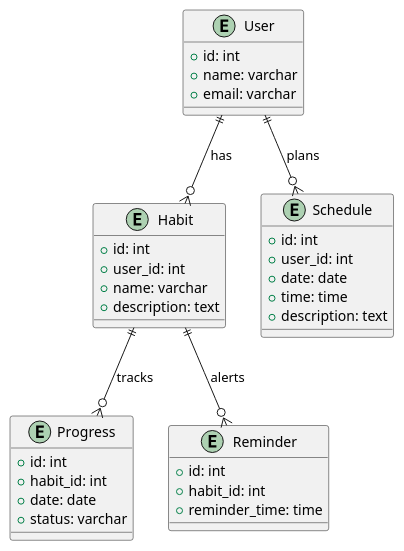
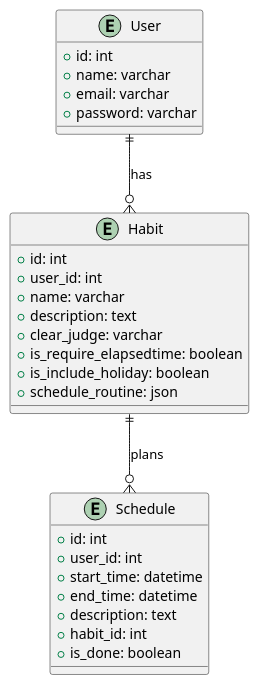
The diagram in docs/er-graph.pu (hack-CommTech/routify-app), drawn with PlantUML before and after one commit.

Commit message:
update: ER図の修正

```diff
--- a/docs/er-graph.pu
+++ b/docs/er-graph.pu
@@ -1,41 +1,67 @@
 @startuml habista
+
+' ユーザテーブル
 entity "User" as User {
   + id: int
   + name: varchar
   + email: varchar
+  + password: varchar
 }
 
+' 習慣テーブル
 entity "Habit" as Habit {
   + id: int
   + user_id: int
+  ' 習慣名
   + name: varchar
+  ' きっかけ・なりたい姿
   + description: text
+  ' 選択肢："button_click"|"place"|"app_launching"|"api"|"take_picture"
+  + clear_judge: varchar 
+  ' 経過時間の必須
+  + is_require_elapsedtime: boolean
+  ' 祝日を含む
+  + is_include_holiday: boolean
+  ' 実施日程
+  + schedule_routine: json
 }
 
-entity "Progress" as Progress {
-  + id: int
-  + habit_id: int
-  + date: date
-  + status: varchar
-}
+' ' 進捗テーブル
+' 進捗はScheduleにすべて置き換えるか、Habitから自動生成する形にするかで置き換え予定
+' entity "Progress" as Progress {
+'   + id: int
+'   + habit_id: int
+'   + date: date
+'   + status: varchar
+' }
 
-entity "Reminder" as Reminder {
-  + id: int
-  + habit_id: int
-  + reminder_time: time
-}
+' ' リマインダーテーブル
+' スケジュールで完結させるため一旦コメントアウト
+' entity "Reminder" as Reminder {
+'   + id: int
+'   + habit_id: int
+'   + reminder_time: time
+' }
 
+' スケジュール?
 entity "Schedule" as Schedule {
   + id: int
   + user_id: int
-  + date: date
-  + time: time
+  ' 開始時間
+  + start_time: datetime
+  ' 終了時間（経過時間の必須が含まれない場合null）
+  + end_time: datetime
+  ' スケジュールのメモ？
   + description: text
+  ' 
+  + habit_id: int
+  ' 実施済みか
+  + is_done: boolean
 }
 
 User ||--o{ Habit : "has"
-Habit ||--o{ Progress : "tracks"
-Habit ||--o{ Reminder : "alerts"
-User ||--o{ Schedule : "plans"
+' Habit ||--o{ Progress : "tracks"
+' Habit ||--o{ Reminder : "alerts"
+Habit ||--o{ Schedule : "plans"
 
 @enduml
```
